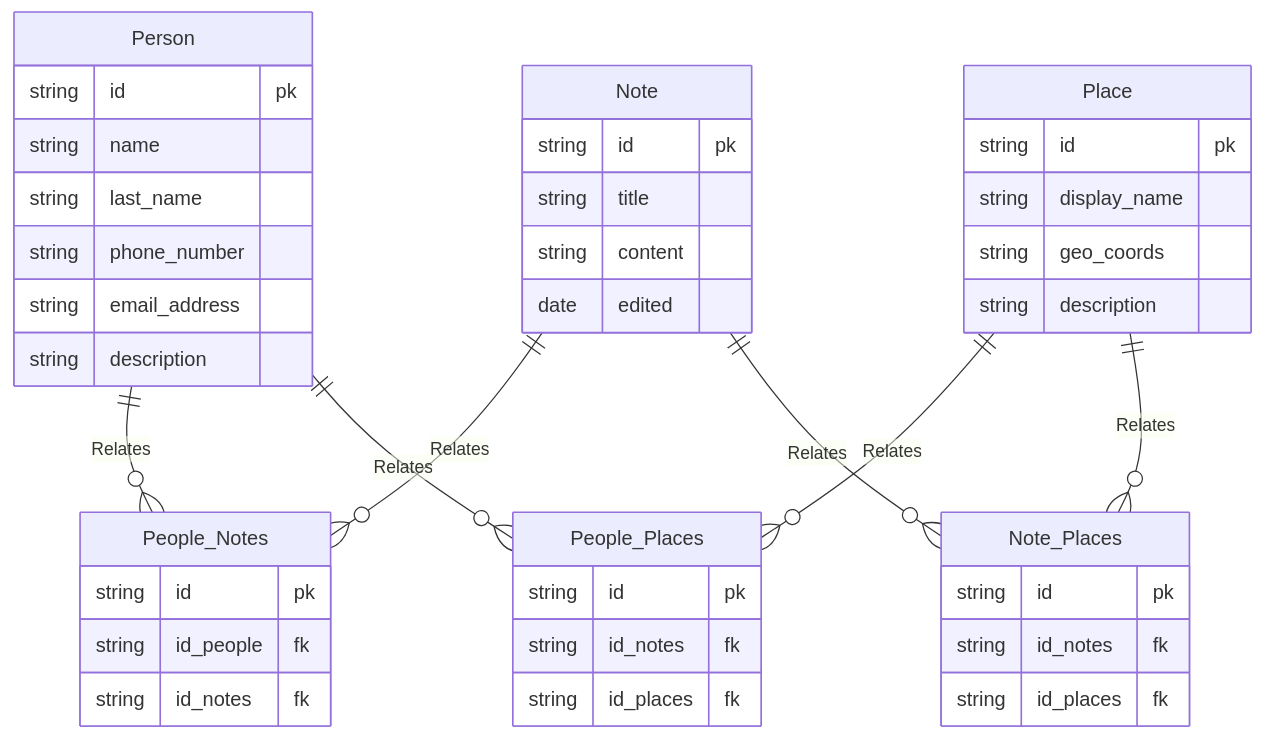
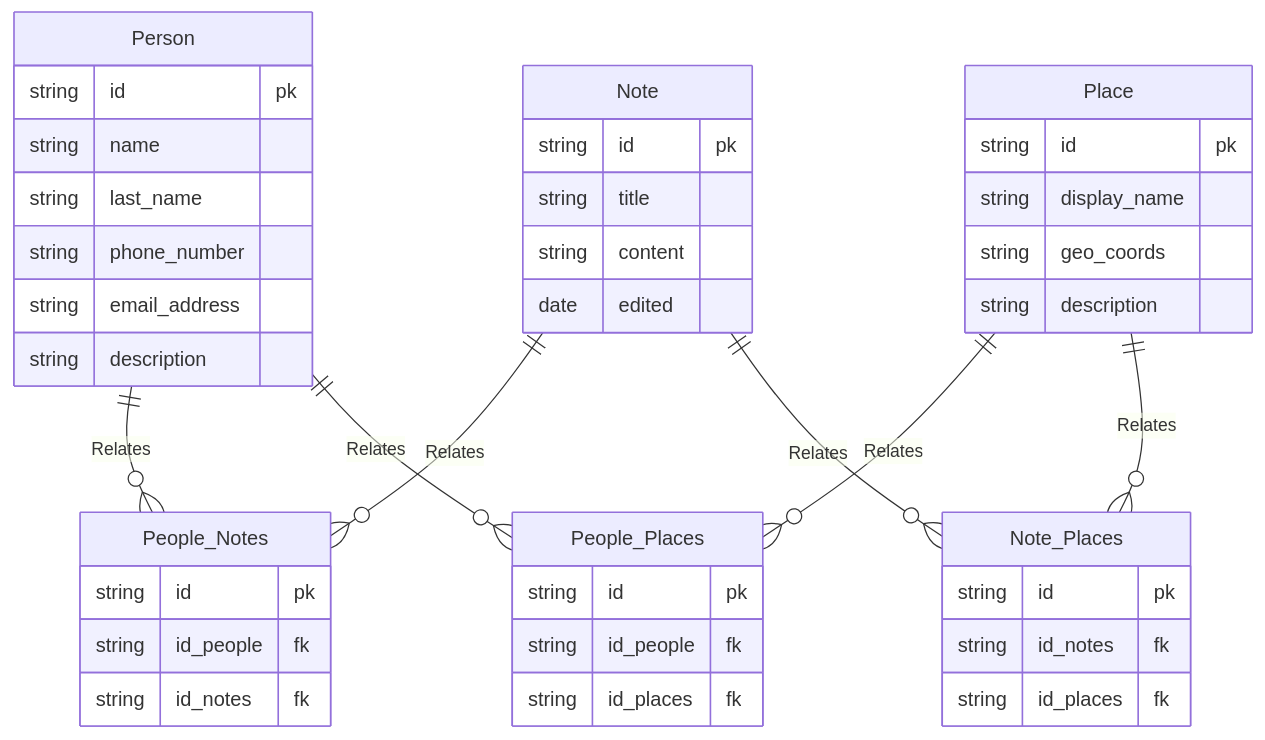
The third of 3 diagrams in README.md (kamil-swietoniowski/fcloud), drawn with Mermaid before and after one commit.

Commit message:
refactor: a small fix in readme

````diff
--- a/README.md
+++ b/README.md
@@ -39,46 +39,46 @@
 ```mermaid
 erDiagram
     Person {
     string id pk
     string name
     string last_name
     string phone_number
     string email_address
     string description
     }
     Place {
         string id pk
         string display_name
         string geo_coords
         string description
     }
     Note {
         string id pk
         string title
         string content
         date edited
     }
     People_Notes {
         string id pk
         string id_people fk
         string id_notes fk
     }
     People_Places {
         string id pk
-        string id_notes fk
+        string id_people fk
         string id_places fk
     }
     Note_Places {
         string id pk
         string id_notes fk
         string id_places fk
     }
 
     Person ||--o{ People_Notes: Relates
     Note ||--o{ People_Notes: Relates
     Person ||--o{ People_Places: Relates
     Place ||--o{ People_Places: Relates
     Place ||--o{ Note_Places: Relates
     Note ||--o{ Note_Places: Relates
 
 ```
````
